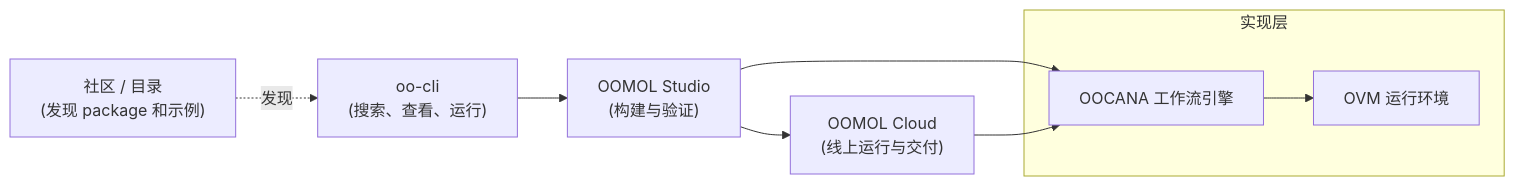
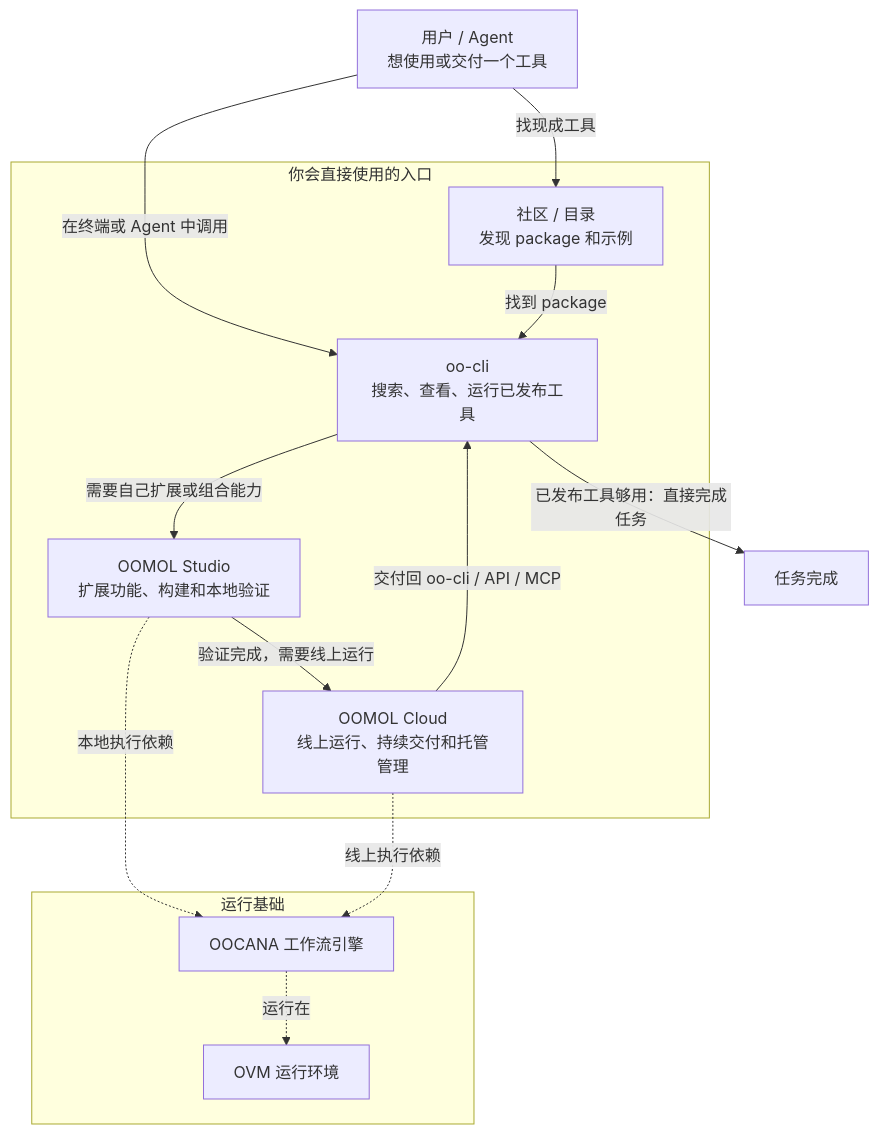
Before and after one commit to oomol/oomol.com: the diagram in i18n/zh-CN/docusaurus-plugin-content-docs/current/overview.mdx, drawn with Mermaid. The commit also changed other lines of this file and 5 other files, not shown here.

````diff
--- a/i18n/zh-CN/docusaurus-plugin-content-docs/current/overview.mdx
+++ b/i18n/zh-CN/docusaurus-plugin-content-docs/current/overview.mdx
@@ -81,15 +56,28 @@
 ```mermaid
-graph LR
-    Community["社区 / 目录<br/>(发现 package 和示例)"] -. 发现 .-> CLI["oo-cli<br/>(搜索、查看、运行)"]
-    CLI --> Studio["OOMOL Studio<br/>(构建与验证)"]
-    Studio --> Cloud["OOMOL Cloud<br/>(线上运行与交付)"]
+graph TB
+    User["用户 / Agent<br/>想使用或交付一个工具"]
 
-    subgraph Foundation["实现层"]
+    subgraph UserPath["你会直接使用的入口"]
+        Community["社区 / 目录<br/>发现 package 和示例"]
+        CLI["oo-cli<br/>搜索、查看、运行已发布工具"]
+        Studio["OOMOL Studio<br/>扩展功能、构建和本地验证"]
+        Cloud["OOMOL Cloud<br/>线上运行、持续交付和托管管理"]
+    end
+
+    User -->|"找现成工具"| Community
+    User -->|"在终端或 Agent 中调用"| CLI
+    Community -->|"找到 package"| CLI
+    CLI -->|"已发布工具够用：直接完成任务"| Done["任务完成"]
+    CLI -->|"需要自己扩展或组合能力"| Studio
+    Studio -->|"验证完成，需要线上运行"| Cloud
+    Cloud -->|"交付回 oo-cli / API / MCP"| CLI
+
+    subgraph Foundation["运行基础"]
         OOCANA["OOCANA 工作流引擎"]
         OVM["OVM 运行环境"]
     end
 
-    Studio --> OOCANA
-    Cloud --> OOCANA
-    OOCANA --> OVM
+    Studio -. "本地执行依赖" .-> OOCANA
+    Cloud -. "线上执行依赖" .-> OOCANA
+    OOCANA -. "运行在" .-> OVM
 ```
````
